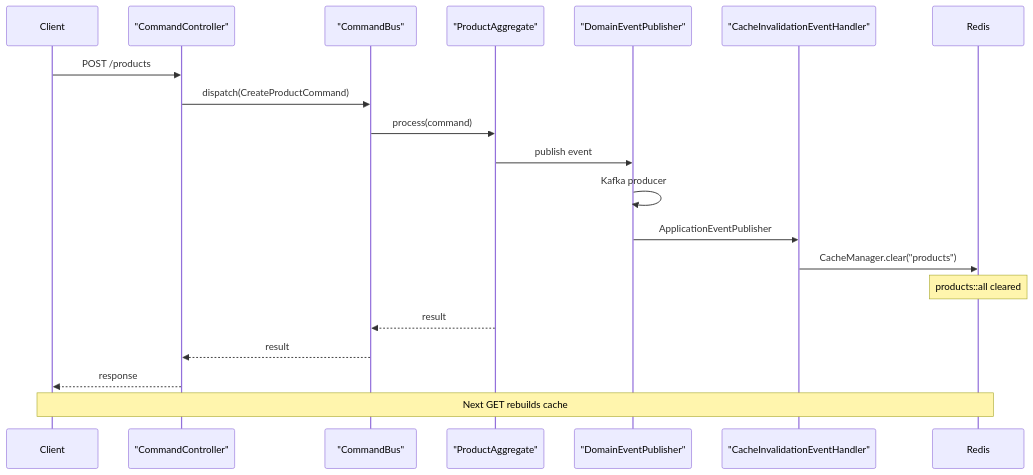
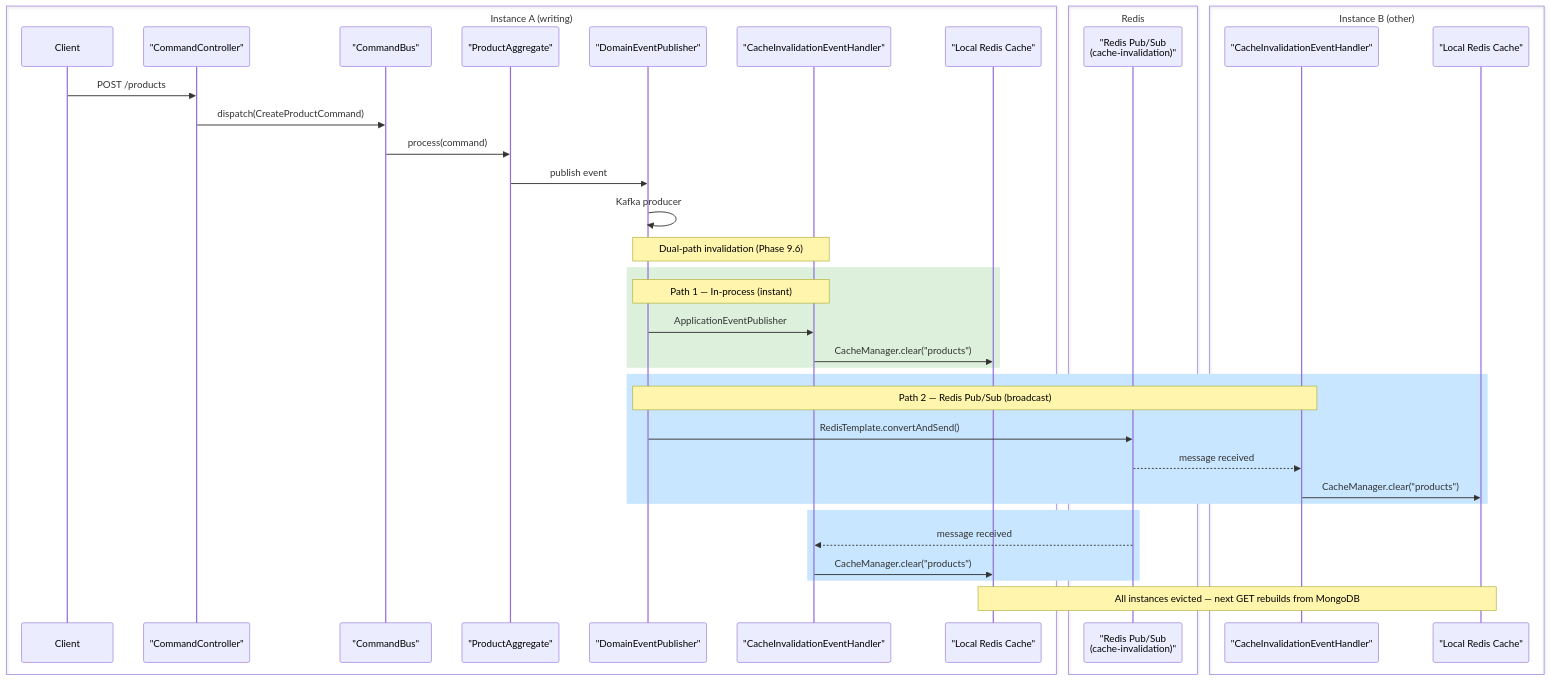
Before and after one commit to leosalazarn/microservices: the fourth of 4 diagrams in docs/ARCHITECTURE.md, drawn with Mermaid. The commit also changed other lines of this file and 1 other file, not shown here.

Commit message:
docs: add Phase 9.6 Redis Pub/Sub cache invalidation to roadmap
- Phase 9.6: Redis Pub/Sub broadcast for cross-instance cache eviction.
  Current @EventListener only clears the writing instance's local cache —
  other instances serve stale data for up to 10min TTL.
- ARCHITECTURE.md: redesigned cache invalidation diagram showing dual-path
  strategy (in-process @EventListener + Redis Pub/Sub broadcast),
  with architectural rationale notes.
- Phase 9 effort: 4h -> 5h.
- Goal description updated to include cross-instance cache consistency.

````diff
--- a/docs/ARCHITECTURE.md
+++ b/docs/ARCHITECTURE.md
@@ -127,24 +127,49 @@
 ```mermaid
 sequenceDiagram
-    participant Client
-    participant CmdCtrl as "CommandController"
-    participant Bus as "CommandBus"
-    participant Aggregate as "ProductAggregate"
-    participant Pub as "DomainEventPublisher"
-    participant Listener as "CacheInvalidationEventHandler"
-    participant Redis
+    box Instance A (writing)
+        participant Client
+        participant CmdCtrl as "CommandController"
+        participant Bus as "CommandBus"
+        participant Aggregate as "ProductAggregate"
+        participant Pub as "DomainEventPublisher"
+        participant Listener as "CacheInvalidationEventHandler"
+        participant CacheA as "Local Redis Cache"
+    end
+
+    box Redis
+        participant Channel as "Redis Pub/Sub<br/>(cache-invalidation)"
+    end
+
+    box Instance B (other)
+        participant ListenerB as "CacheInvalidationEventHandler"
+        participant CacheB as "Local Redis Cache"
+    end
 
     Client->>CmdCtrl: POST /products
     CmdCtrl->>Bus: dispatch(CreateProductCommand)
     Bus->>Aggregate: process(command)
     Aggregate->>Pub: publish event
     Pub->>Pub: Kafka producer
-    Pub->>Listener: ApplicationEventPublisher
-    Listener->>Redis: CacheManager.clear("products")
-    Note over Redis: products::all cleared
-    Aggregate-->>Bus: result
-    Bus-->>CmdCtrl: result
-    CmdCtrl-->>Client: response
 
-    Note over Client,Redis: Next GET rebuilds cache
+    Note over Pub,Listener: Dual-path invalidation (Phase 9.6)
+
+    rect rgb(220, 240, 220)
+        Note over Pub,Listener: Path 1 — In-process (instant)
+        Pub->>Listener: ApplicationEventPublisher
+        Listener->>CacheA: CacheManager.clear("products")
+    end
+
+    rect rgb(200, 230, 255)
+        Note over Pub,ListenerB: Path 2 — Redis Pub/Sub (broadcast)
+        Pub->>Channel: RedisTemplate.convertAndSend()
+        Channel-->>ListenerB: message received
+        ListenerB->>CacheB: CacheManager.clear("products")
+    end
+
+    rect rgb(200, 230, 255)
+        Channel-->>Listener: message received
+        Listener->>CacheA: CacheManager.clear("products")
+    end
+
+    Note over CacheA,CacheB: All instances evicted — next GET rebuilds from MongoDB
 ```
````
